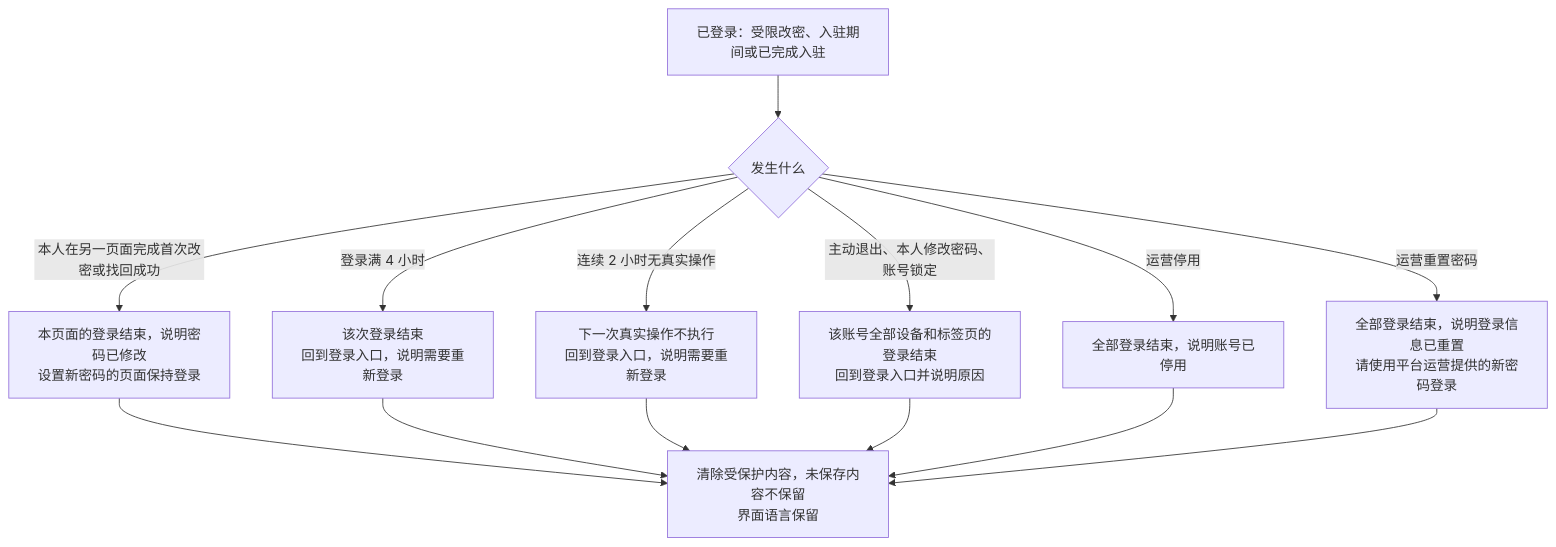
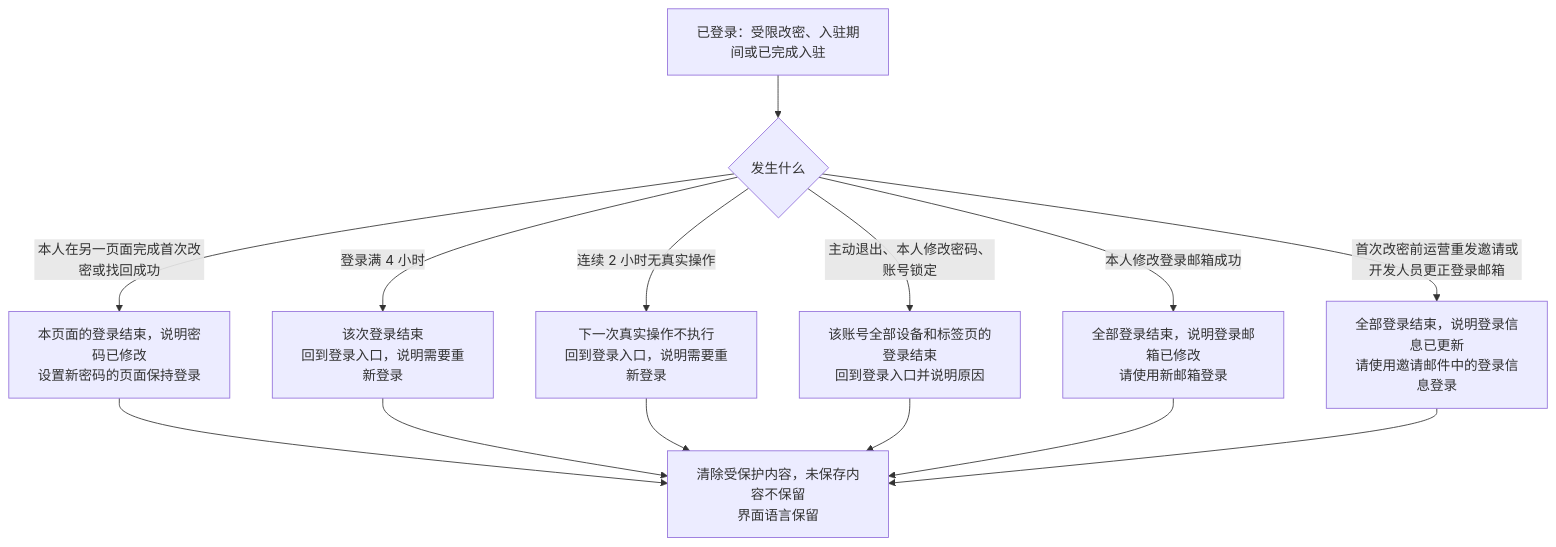
Before and after one commit to wxblockchain/Chain-Financing: the sixth of 11 diagrams in asset-trust-platform/PRD/企业端/M1-企业登录与首次入驻/02-企业登录与首次入驻-流程图与状态机.md, drawn with Mermaid. The commit also changed other lines of this file and 4 other files, not shown here.

````diff
--- a/asset-trust-platform/PRD/企业端/M1-企业登录与首次入驻/02-企业登录与首次入驻-流程图与状态机.md
+++ b/asset-trust-platform/PRD/企业端/M1-企业登录与首次入驻/02-企业登录与首次入驻-流程图与状态机.md
@@ -185,16 +183,16 @@
 ```mermaid
 flowchart TD
     A[已登录：受限改密、入驻期间或已完成入驻] --> B{发生什么}
     B -->|登录满 4 小时| E[该次登录结束<br/>回到登录入口，说明需要重新登录]
     B -->|连续 2 小时无真实操作| F[下一次真实操作不执行<br/>回到登录入口，说明需要重新登录]
     B -->|主动退出、本人修改密码、账号锁定| G[该账号全部设备和标签页的登录结束<br/>回到登录入口并说明原因]
     B -->|本人在另一页面完成首次改密或找回成功| G2[本页面的登录结束，说明密码已修改<br/>设置新密码的页面保持登录]
     G2 --> Z
-    B -->|运营停用| H[全部登录结束，说明账号已停用]
-    B -->|运营重置密码| I[全部登录结束，说明登录信息已重置<br/>请使用平台运营提供的新密码登录]
+    B -->|本人修改登录邮箱成功| H[全部登录结束，说明登录邮箱已修改<br/>请使用新邮箱登录]
+    B -->|首次改密前运营重发邀请或开发人员更正登录邮箱| I[全部登录结束，说明登录信息已更新<br/>请使用邀请邮件中的登录信息登录]
     E --> Z[清除受保护内容，未保存内容不保留<br/>界面语言保留]
     F --> Z
     G --> Z
     H --> Z
     I --> Z
 ```
````
